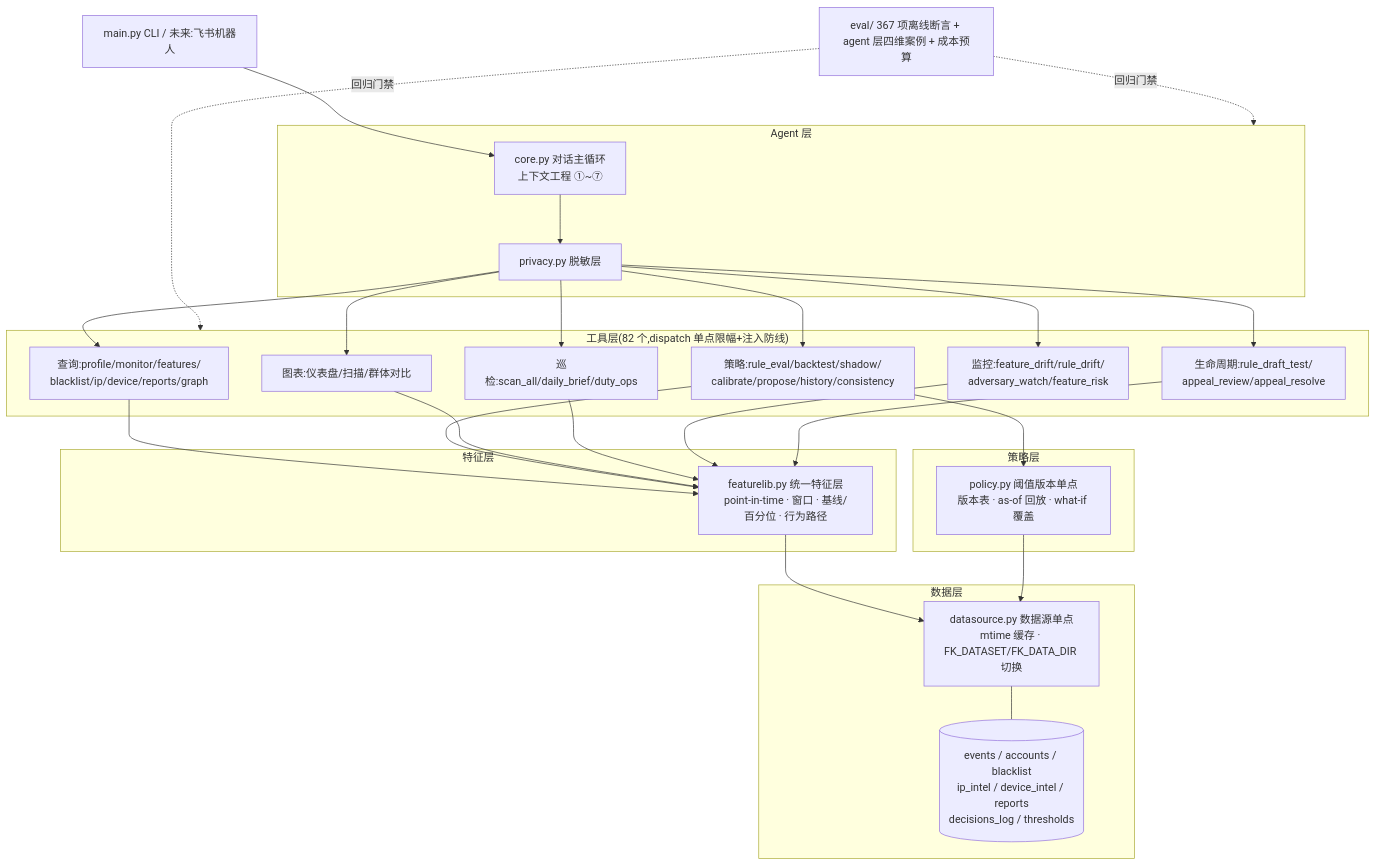
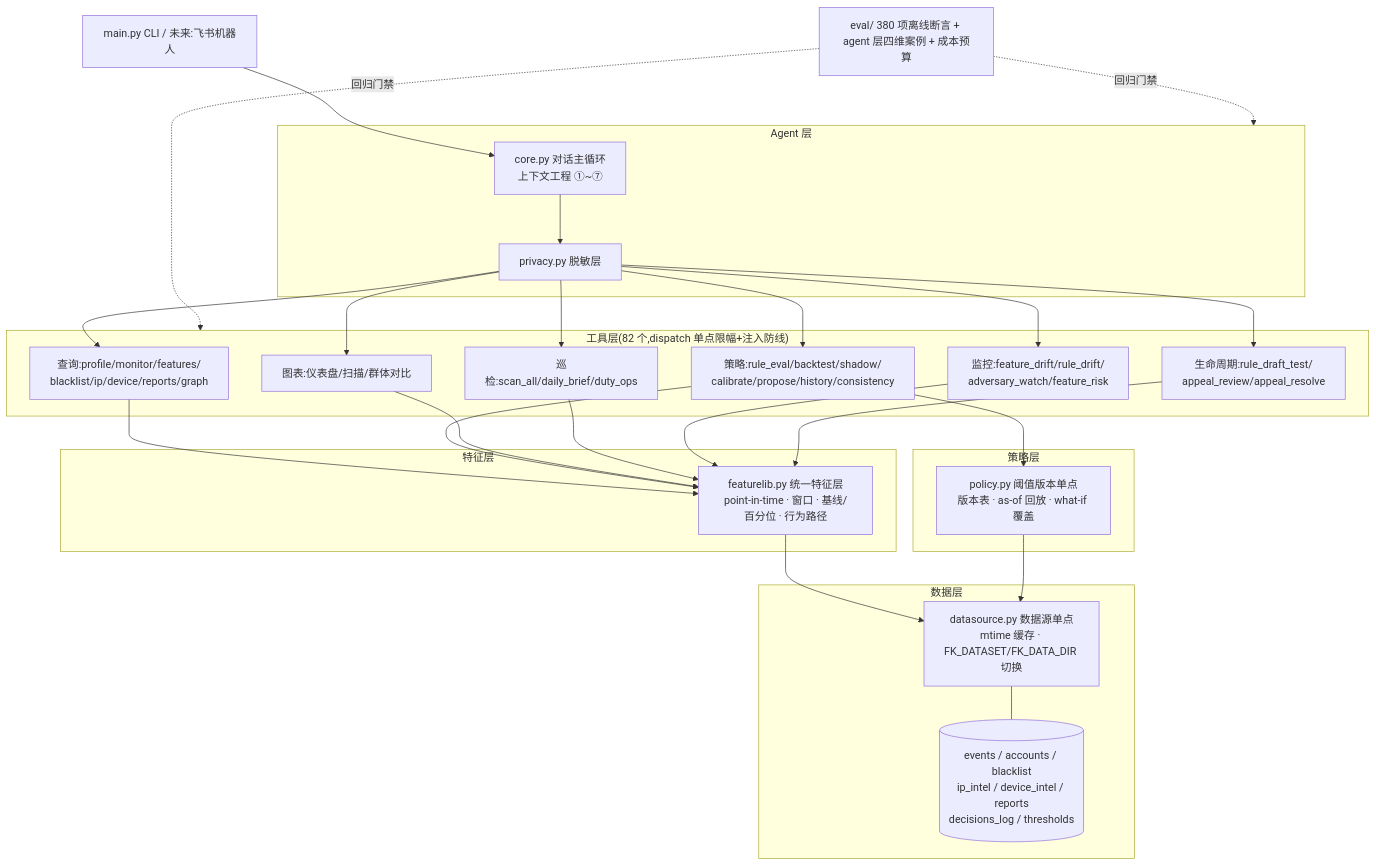
One commit to 1494389516/fengkong-agent changed the diagram in README.md. Above: the diagram before and after it, drawn with Mermaid. The commit also changed other lines of this file and 17 other files, not shown here.

First line of the commit message:
🐛 fix(agent): stop empty-uid loops and recalibrate eval

````diff
--- a/README.md
+++ b/README.md
@@ -69,31 +69,31 @@
 ```mermaid
 flowchart TB
     subgraph 数据层
         DS[datasource.py 数据源单点<br/>mtime 缓存 · FK_DATASET/FK_DATA_DIR 切换]
         D1[(events / accounts / blacklist<br/>ip_intel / device_intel / reports<br/>decisions_log / thresholds)]
         DS --- D1
     end
     subgraph 策略层
         POL[policy.py 阈值版本单点<br/>版本表 · as-of 回放 · what-if 覆盖]
     end
     subgraph 特征层
         FL[featurelib.py 统一特征层<br/>point-in-time · 窗口 · 基线/百分位 · 行为路径]
     end
     subgraph 工具层["工具层(82 个,dispatch 单点限幅+注入防线)"]
         T1[查询:profile/monitor/features/<br/>blacklist/ip/device/reports/graph]
         T2[策略:rule_eval/backtest/shadow/<br/>calibrate/propose/history/consistency]
         T3[图表:仪表盘/扫描/群体对比]
         T4[巡检:scan_all/daily_brief/duty_ops]
         T5[监控:feature_drift/rule_drift/<br/>adversary_watch/feature_risk]
         T6[生命周期:rule_draft_test/<br/>appeal_review/appeal_resolve]
     end
     subgraph AGENT["Agent 层"]
         CORE[core.py 对话主循环<br/>上下文工程 ①~⑦]
         PRIV[privacy.py 脱敏层]
     end
     CLI[main.py CLI / 未来:飞书机器人] --> CORE
     CORE --> PRIV --> T1 & T2 & T3 & T4 & T5 & T6
     T1 & T2 & T3 & T4 & T5 & T6 --> FL --> DS
     T2 --> POL --> DS
-    EVAL[eval/ 367 项离线断言 + agent 层四维案例 + 成本预算] -. 回归门禁 .-> 工具层 & AGENT
+    EVAL[eval/ 380 项离线断言 + agent 层四维案例 + 成本预算] -. 回归门禁 .-> 工具层 & AGENT
 ```
````
